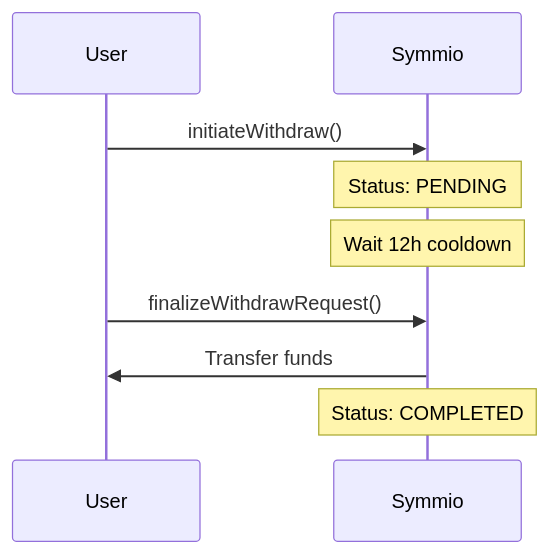
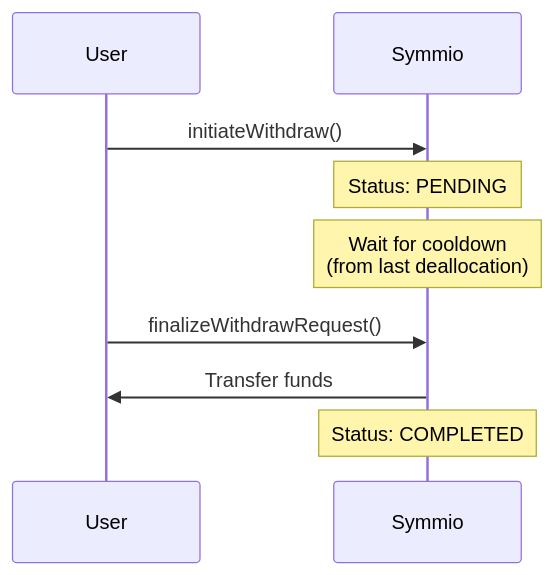
Before and after one commit to SYMM-IO/perps-core: the first of 4 diagrams in docs/v0.8.5/withdraw-system.md, drawn with Mermaid. The commit also changed other lines of this file and 2 other files, not shown here.

Commit message:
docs: adapt to withdraw cooldown logic simplification

````diff
--- a/docs/v0.8.5/withdraw-system.md
+++ b/docs/v0.8.5/withdraw-system.md
@@ -42,12 +60,12 @@
 ```mermaid
 sequenceDiagram
     participant User
     participant Symmio
 
     User->>Symmio: initiateWithdraw()
     Note over Symmio: Status: PENDING
-    Note over Symmio: Wait 12h cooldown
+    Note over Symmio: Wait for cooldown<br/>(from last deallocation)
     User->>Symmio: finalizeWithdrawRequest()
     Symmio->>User: Transfer funds
     Note over Symmio: Status: COMPLETED
 ```
````
